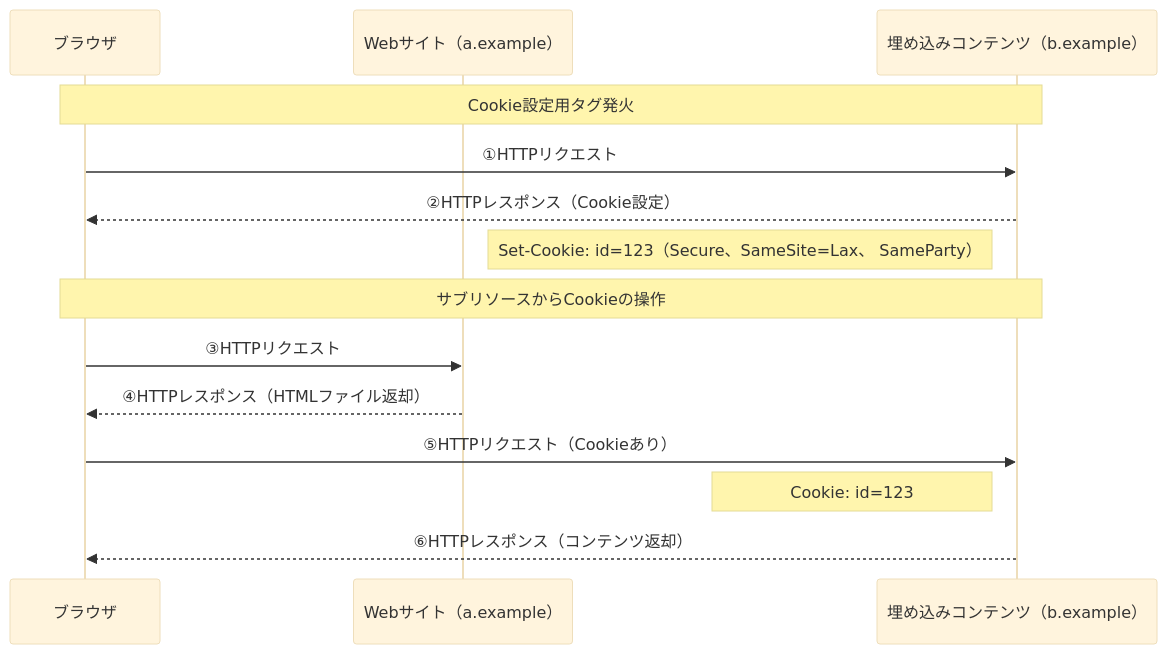
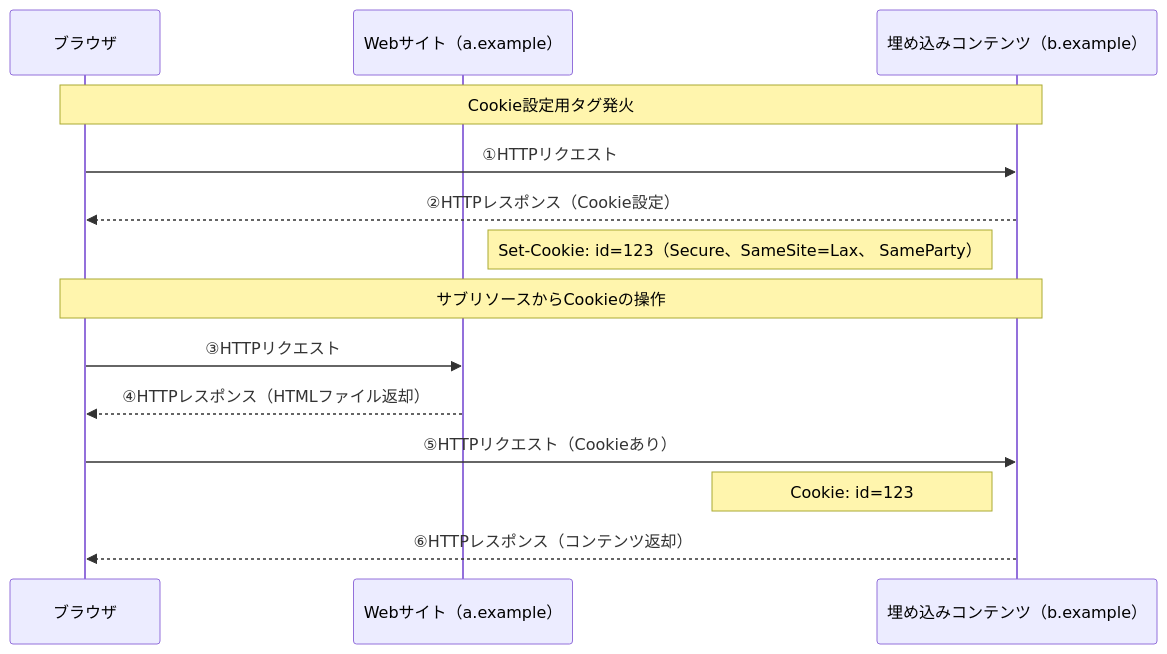
One commit to hi-bridge-9/privacy-sandbox changed the second of 2 diagrams in first-party-sets/sequence.md. Above: the diagram before and after it, drawn with Mermaid. The commit also changed other lines of this file, not shown here.

Commit message:
style: シーケンス図のテーマをdefaultに変更

````diff
--- a/first-party-sets/sequence.md
+++ b/first-party-sets/sequence.md
@@ -31,20 +32,20 @@
 ```mermaid
-%%{init:{'theme':'base'}}%%
+%%{init:{'theme':'default'}}%%
 sequenceDiagram
 
     participant A as ブラウザ
     participant B as Webサイト（a.example）
     participant C as 埋め込みコンテンツ（b.example）
 
     Note over A, C: Cookie設定用タグ発火
     A->>C: ①HTTPリクエスト
     C-->>A: ②HTTPレスポンス（Cookie設定）
     Note left of C: Set-Cookie: id=123（Secure、SameSite=Lax、 SameParty）
 
     Note over A, C: サブリソースからCookieの操作
     A->>B: ③HTTPリクエスト
     B-->>A: ④HTTPレスポンス（HTMLファイル返却）
     A->>C: ⑤HTTPリクエスト（Cookieあり）
     Note left of C: Cookie: id=123
     C-->>A: ⑥HTTPレスポンス（コンテンツ返却）
 ```
````
